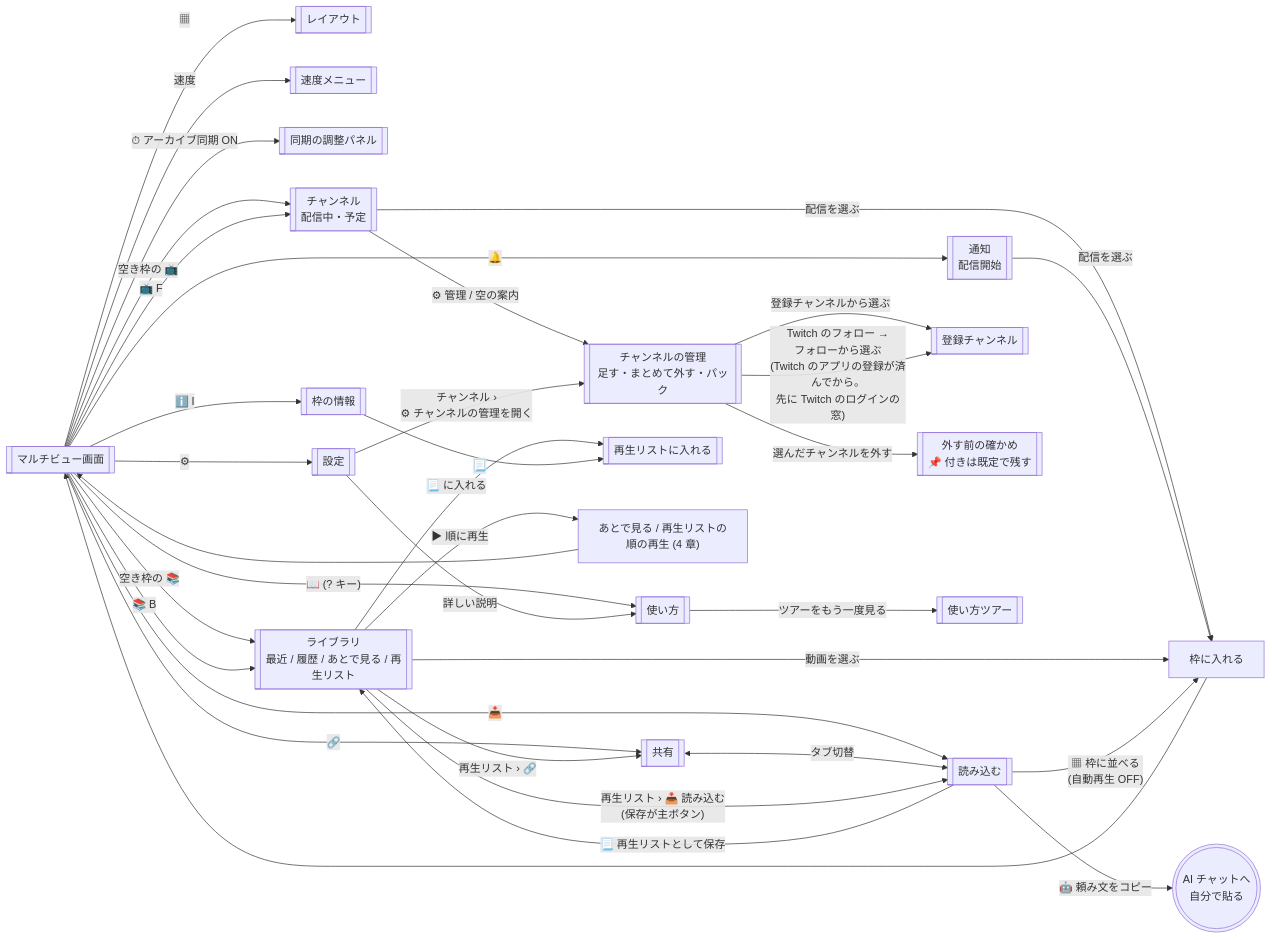
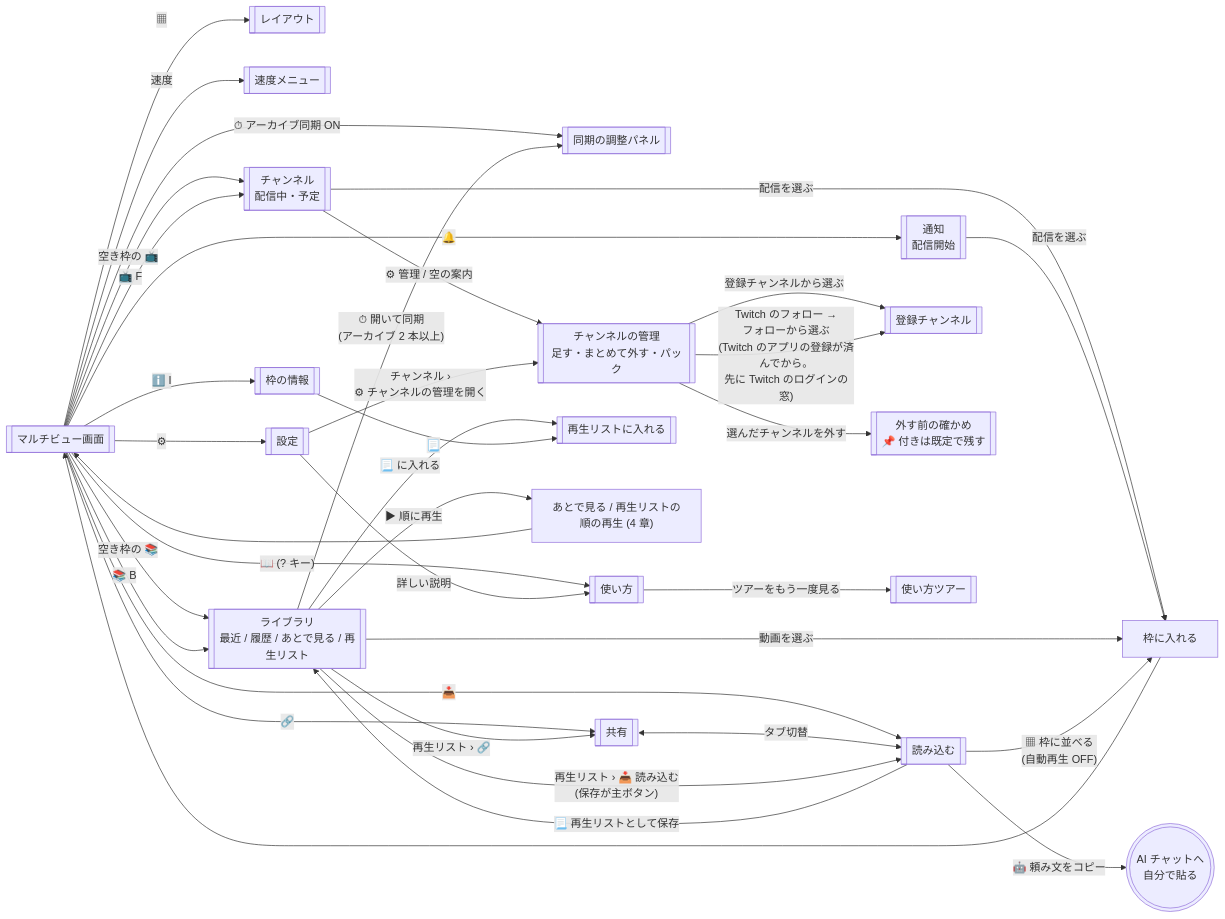
The third of 5 diagrams in docs/screen-flow.md (contee213/hakomado), drawn with Mermaid before and after one commit. The commit also changed 10 other files, not shown here.

````diff
--- a/docs/screen-flow.md
+++ b/docs/screen-flow.md
@@ -86,38 +86,39 @@
 ```mermaid
 flowchart LR
   MAIN[["マルチビュー画面"]]
   MAIN -- "▦" --> LAY[["レイアウト"]]
   MAIN -- "速度" --> SPD[["速度メニュー"]]
   MAIN -- "⏱ アーカイブ同期 ON" --> DOCK[["同期の調整パネル"]]
   MAIN -- "空き枠の 📺" --> CH
   MAIN -- "空き枠の 📚" --> LIB
   MAIN -- "🔔" --> NOT[["通知<br>配信開始"]]
   MAIN -- "📺 F" --> CH[["チャンネル<br>配信中・予定"]]
   MAIN -- "📚 B" --> LIB[["ライブラリ<br>最近 / 履歴 / あとで見る / 再生リスト"]]
   MAIN -- "ℹ️ I" --> INFO[["枠の情報"]]
   MAIN -- "🔗" --> SH[["共有"]]
   MAIN -- "📥" --> RD[["読み込む"]]
   MAIN -- "⚙" --> SET[["設定"]]
   MAIN -- "📖 (? キー)" --> HELP[["使い方"]]
   SH <-- "タブ切替" --> RD
   CH -- "⚙ 管理 / 空の案内" --> CM[["チャンネルの管理<br>足す・まとめて外す・パック"]]
   SET -- "チャンネル ›<br>⚙ チャンネルの管理を開く" --> CM
   CM -- "登録チャンネルから選ぶ" --> SUBS[["登録チャンネル"]]
   CM -- "Twitch のフォロー →<br>フォローから選ぶ<br>(Twitch のアプリの登録が済んでから。<br>先に Twitch のログインの窓)" --> SUBS
   CM -- "選んだチャンネルを外す" --> CMC[["外す前の確かめ<br>📌 付きは既定で残す"]]
   SET -- "詳しい説明" --> HELP
   HELP -- "ツアーをもう一度見る" --> TOUR[["使い方ツアー"]]
   CH -- "配信を選ぶ" --> TILE["枠に入れる"]
   NOT -- "配信を選ぶ" --> TILE
   LIB -- "動画を選ぶ" --> TILE
+  LIB -- "⏱ 開いて同期<br>(アーカイブ 2 本以上)" --> DOCK
   LIB -- "📃 に入れる" --> PLP[["再生リストに入れる"]]
   LIB -- "▶ 順に再生" --> Q["あとで見る / 再生リストの<br>順の再生 (4 章)"]
   LIB -- "再生リスト › 📥 読み込む<br>(保存が主ボタン)" --> RD
   LIB -- "再生リスト › 🔗" --> SH
   INFO -- "📃" --> PLP
   RD -- "▦ 枠に並べる<br>(自動再生 OFF)" --> TILE
   RD -- "📃 再生リストとして保存" --> LIB
   RD -- "🤖 頼み文をコピー" --> AI((("AI チャットへ<br>自分で貼る")))
   TILE --> MAIN
   Q --> MAIN
 ```
````
